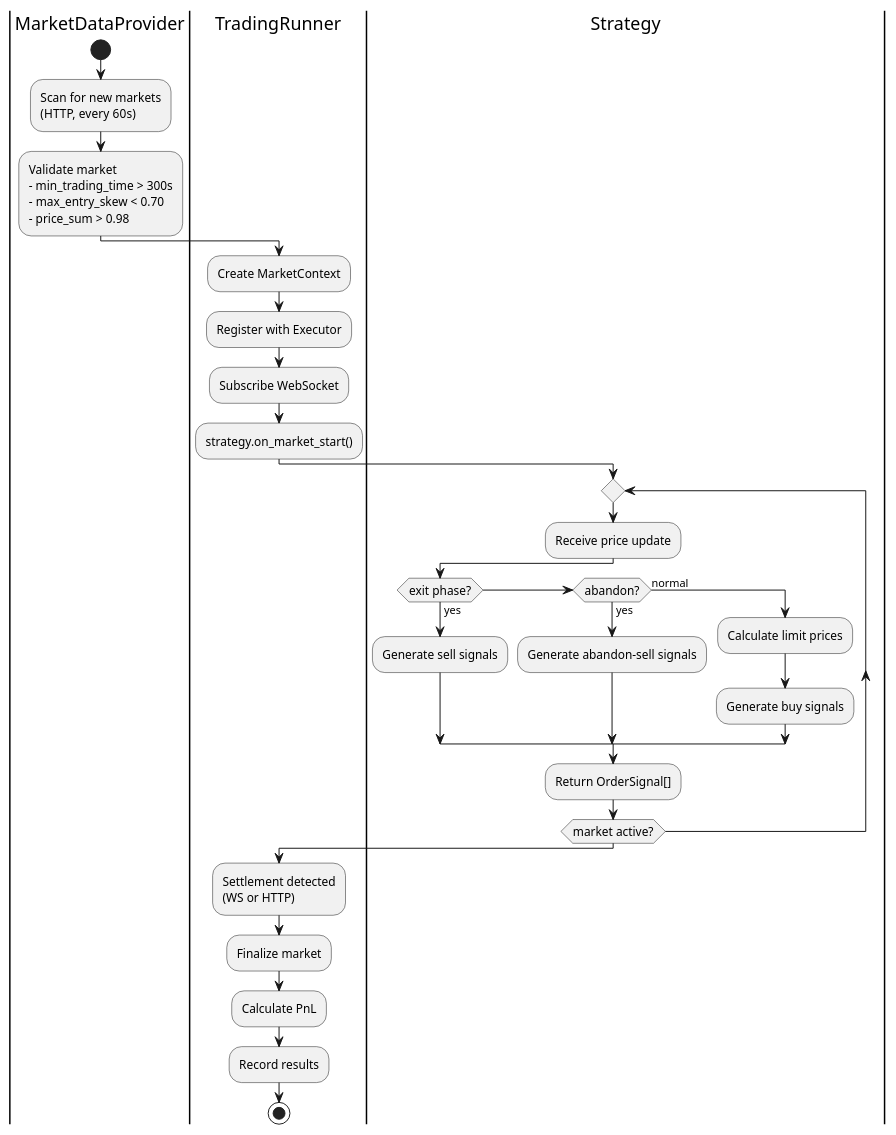
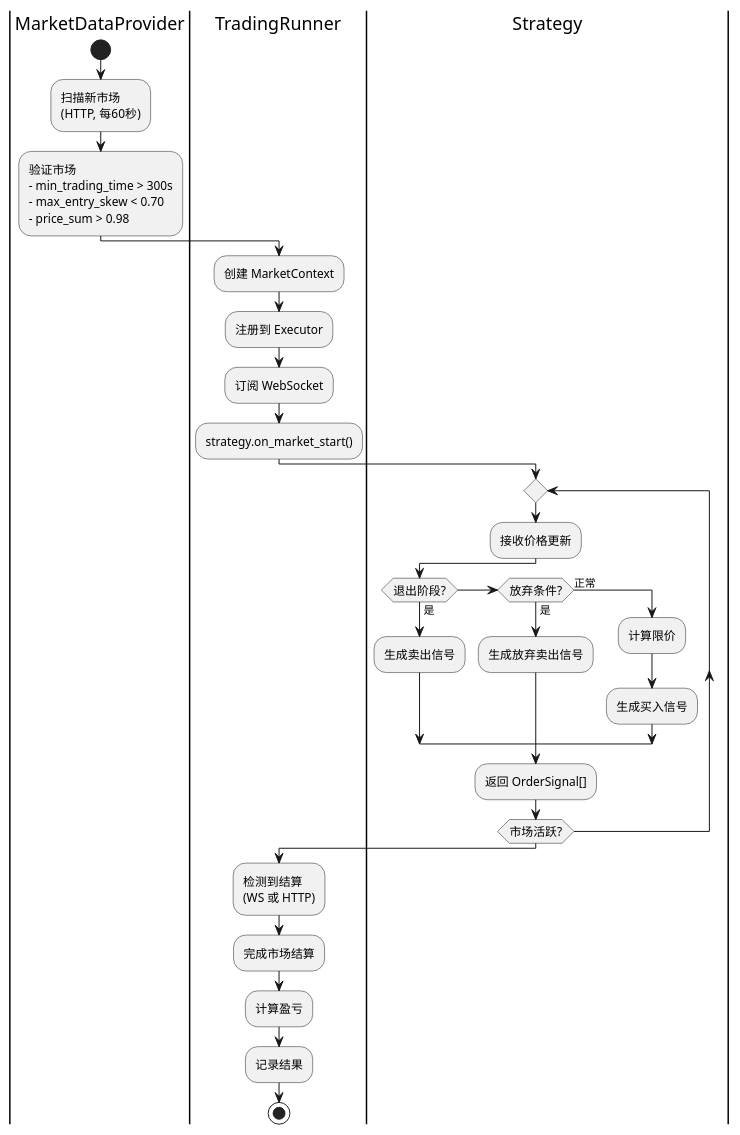
One commit to jsyqrt/polymoney changed the second of 10 diagrams in docs/strategy-first-principles.md. Above: the diagram before and after it, drawn with PlantUML. The commit also changed other lines of this file, not shown here.

````diff
--- a/docs/strategy-first-principles.md
+++ b/docs/strategy-first-principles.md
@@ -166,38 +166,38 @@
 ```plantuml
 @startuml market_lifecycle
 skinparam activityFontSize 12
 
 |MarketDataProvider|
 start
-:Scan for new markets\n(HTTP, every 60s);
-:Validate market\n- min_trading_time > 300s\n- max_entry_skew < 0.70\n- price_sum > 0.98;
+:扫描新市场\n(HTTP, 每60秒);
+:验证市场\n- min_trading_time > 300s\n- max_entry_skew < 0.70\n- price_sum > 0.98;
 
 |TradingRunner|
-:Create MarketContext;
-:Register with Executor;
-:Subscribe WebSocket;
+:创建 MarketContext;
+:注册到 Executor;
+:订阅 WebSocket;
 :strategy.on_market_start();
 
 |Strategy|
 repeat
-  :Receive price update;
-  if (exit phase?) then (yes)
-    :Generate sell signals;
-  elseif (abandon?) then (yes)
-    :Generate abandon-sell signals;
-  else (normal)
-    :Calculate limit prices;
-    :Generate buy signals;
+  :接收价格更新;
+  if (退出阶段?) then (是)
+    :生成卖出信号;
+  elseif (放弃条件?) then (是)
+    :生成放弃卖出信号;
+  else (正常)
+    :计算限价;
+    :生成买入信号;
   endif
-  :Return OrderSignal[];
-repeat while (market active?)
+  :返回 OrderSignal[];
+repeat while (市场活跃?)
 
 |TradingRunner|
-:Settlement detected\n(WS or HTTP);
-:Finalize market;
-:Calculate PnL;
-:Record results;
+:检测到结算\n(WS 或 HTTP);
+:完成市场结算;
+:计算盈亏;
+:记录结果;
 stop
 
 @enduml
 ```
````
